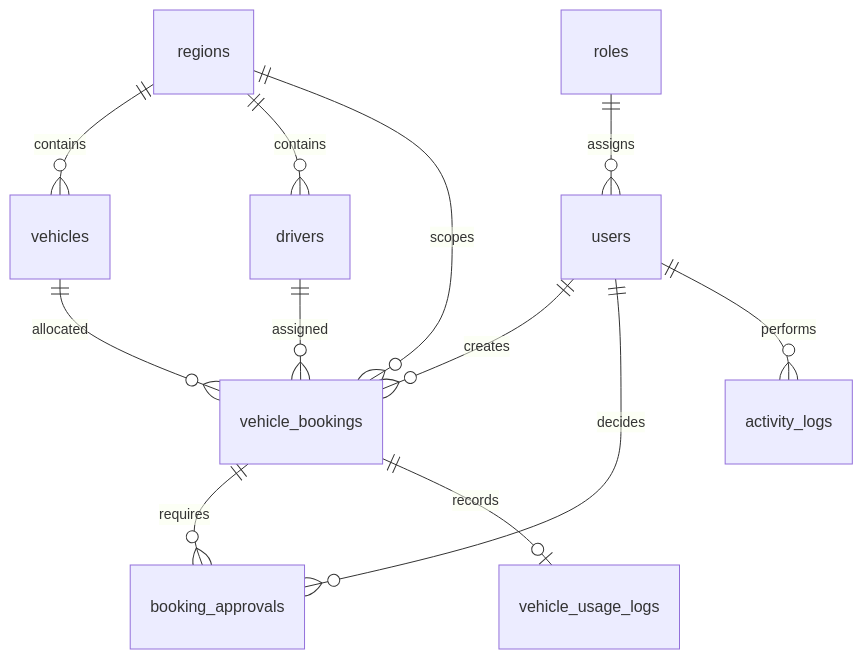
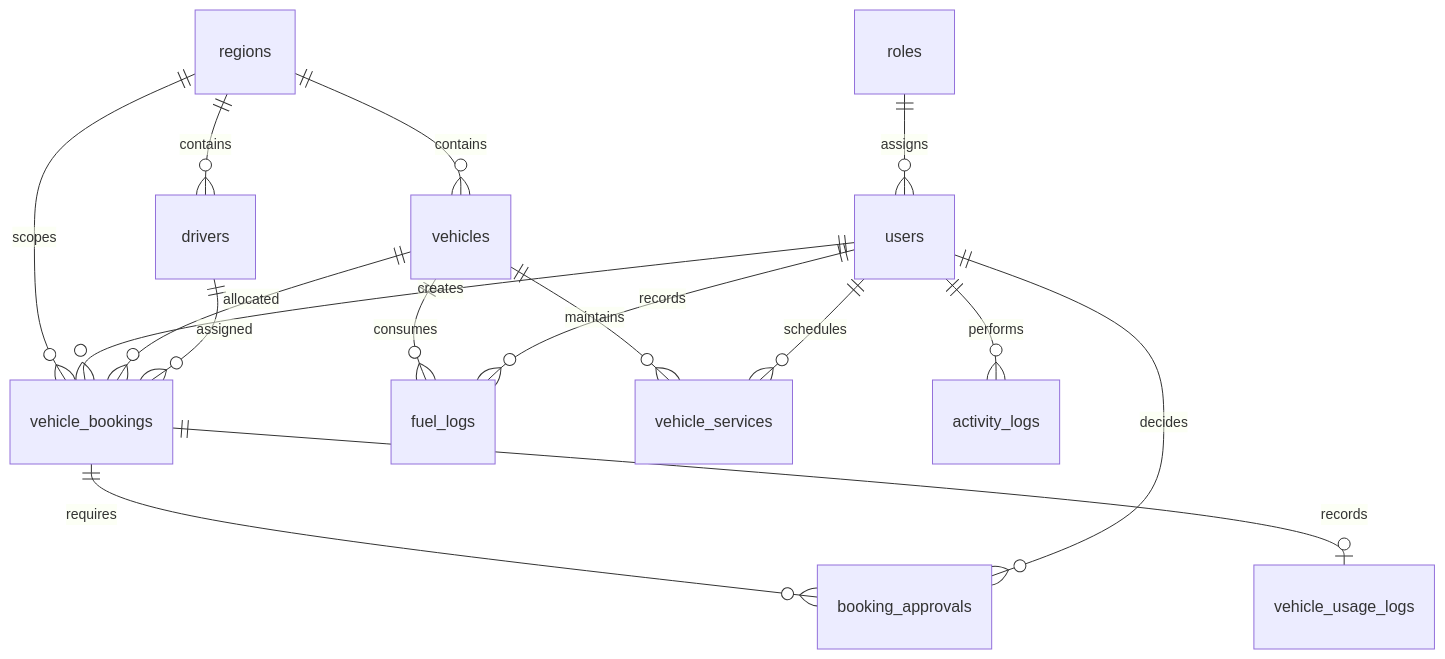
One commit to GipsyDanger-dev/Asessmemnt-Sekawan changed the diagram in docs/PDM.md. Above: the diagram before and after it, drawn with Mermaid. The commit also changed other lines of this file and 3 other files, not shown here.

````diff
--- a/docs/PDM.md
+++ b/docs/PDM.md
@@ -3,14 +3,18 @@
 ```mermaid
 erDiagram
   roles ||--o{ users : assigns
   regions ||--o{ vehicles : contains
   regions ||--o{ drivers : contains
   regions ||--o{ vehicle_bookings : scopes
   users ||--o{ vehicle_bookings : creates
   vehicles ||--o{ vehicle_bookings : allocated
   drivers ||--o{ vehicle_bookings : assigned
   vehicle_bookings ||--o{ booking_approvals : requires
   users ||--o{ booking_approvals : decides
   vehicle_bookings ||--o| vehicle_usage_logs : records
+  vehicles ||--o{ fuel_logs : consumes
+  vehicles ||--o{ vehicle_services : maintains
+  users ||--o{ fuel_logs : records
+  users ||--o{ vehicle_services : schedules
   users ||--o{ activity_logs : performs
 ```
````
